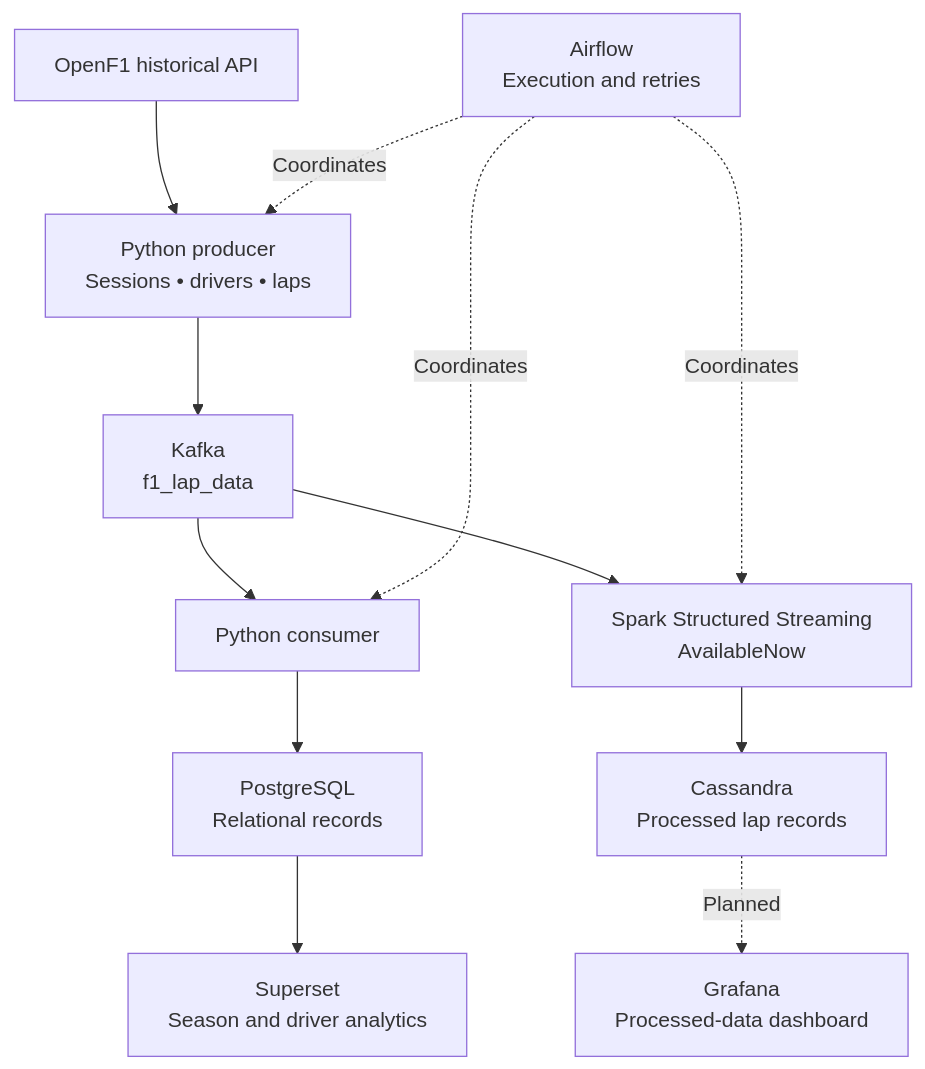
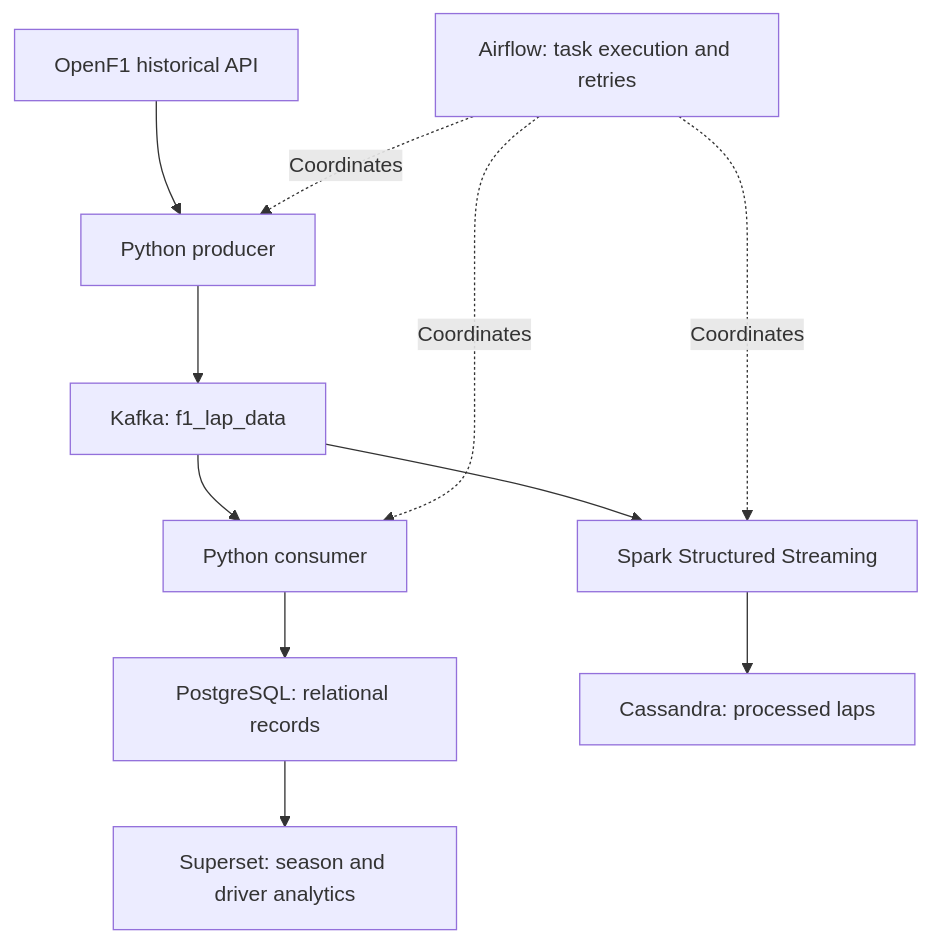
Before and after one commit to Lahiru1Niroosh/F1-Real-Time-Data-Pipline: the diagram in README.md, drawn with Mermaid. The commit also changed other lines of this file, not shown here.

````diff
--- a/README.md
+++ b/README.md
@@ -72,14 +81,13 @@
 ```mermaid
 flowchart TD
-    API["OpenF1 historical API"] --> P["Python producer\nSessions • drivers • laps"]
-    P --> K["Kafka\nf1_lap_data"]
-    K --> C["Python consumer"]
-    K --> S["Spark Structured Streaming\nAvailableNow"]
-    C --> PG["PostgreSQL\nRelational records"]
-    S --> CA["Cassandra\nProcessed lap records"]
-    PG --> SU["Superset\nSeason and driver analytics"]
-    CA -. Planned .-> G["Grafana\nProcessed-data dashboard"]
-    A["Airflow\nExecution and retries"] -. Coordinates .-> P
-    A -. Coordinates .-> C
-    A -. Coordinates .-> S
+    API["OpenF1 historical API"] --> P["Python producer"]
+    P --> K["Kafka: f1_lap_data"]
+    K --> C["Python consumer"]
+    K --> S["Spark Structured Streaming"]
+    C --> PG["PostgreSQL: relational records"]
+    S --> CA["Cassandra: processed laps"]
+    PG --> BI["Superset: season and driver analytics"]
+    A["Airflow: task execution and retries"] -. Coordinates .-> P
+    A -. Coordinates .-> C
+    A -. Coordinates .-> S
 ```
````
